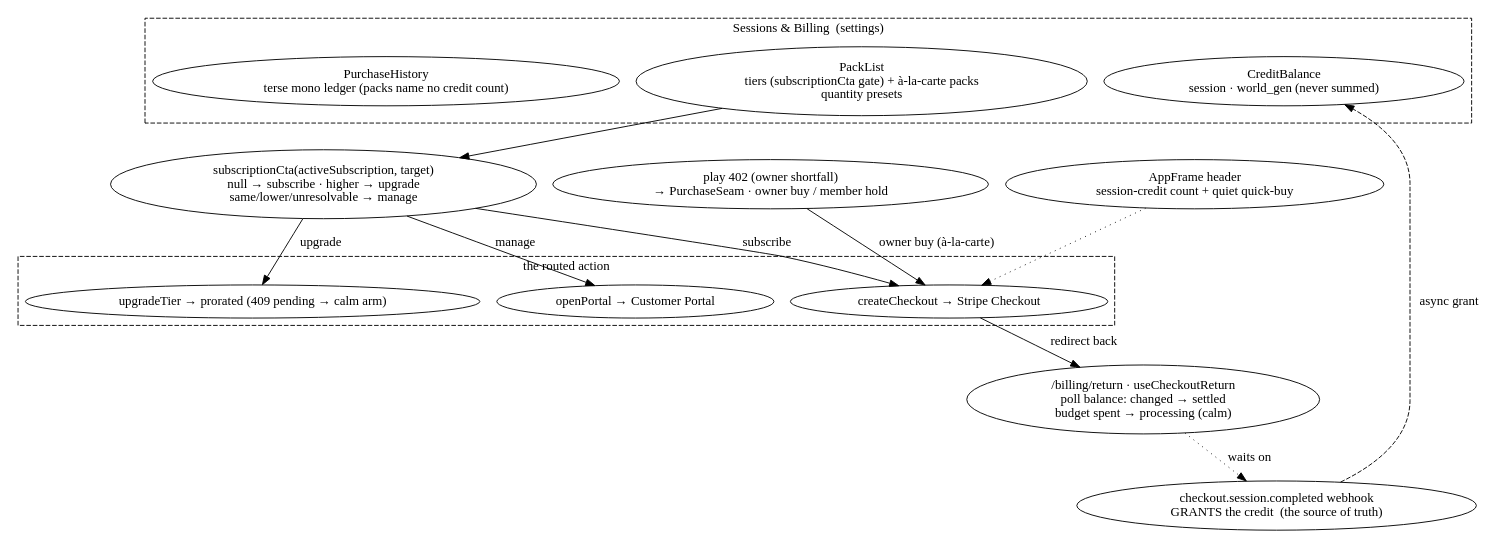
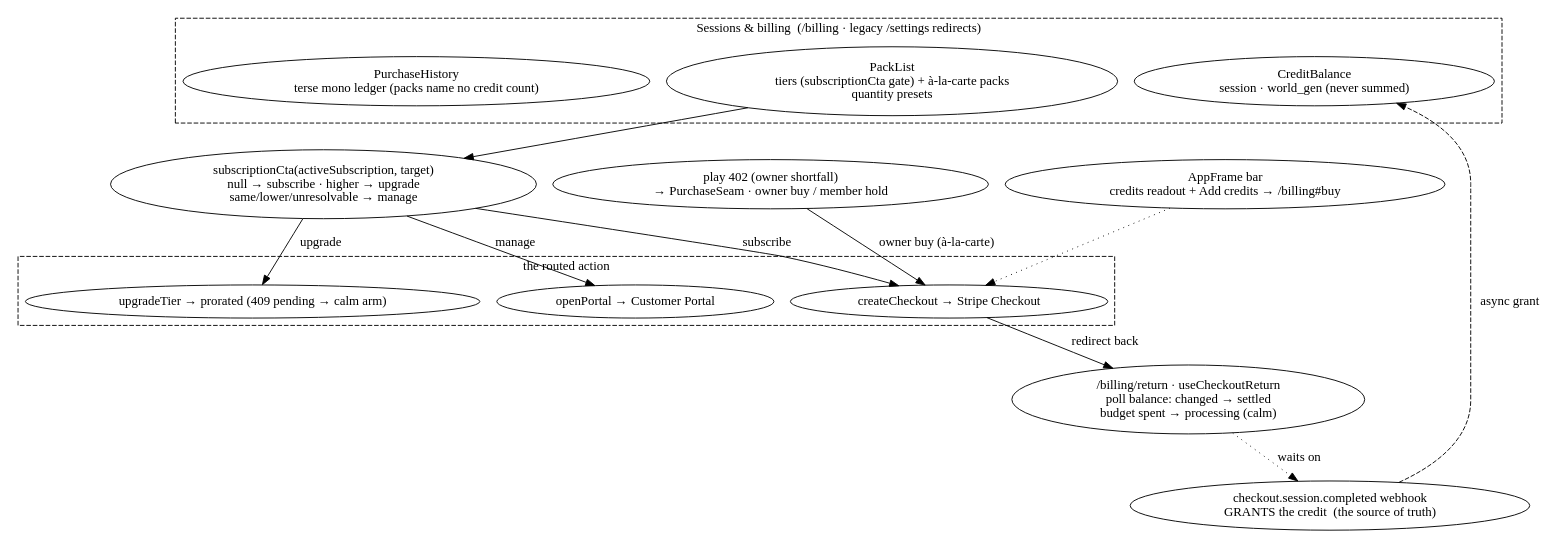
Before and after one commit to mythrun/mythrun: the diagram in docs/wiki/diagrams/frontend/billing-credits.dot, drawn with Graphviz. The commit also changed 12 other files, not shown here.

```diff
--- a/docs/wiki/diagrams/frontend/billing-credits.dot
+++ b/docs/wiki/diagrams/frontend/billing-credits.dot
@@ -1,48 +1,48 @@
 digraph billing_credits {
-  // The money surfaces. The Sessions & Billing settings screen reads balance /
+  // The money surfaces. The Sessions & billing screen (/billing) reads balance /
   // skus / history and renders two independent credit buckets, the price-ordered
   // tiers (each with a GATED CTA), and the ledger. Every purchase CTA routes to a
   // Stripe redirect that grants NOTHING synchronously — the credit lands only via
   // the checkout webhook, so the return route polls the balance until it changes.
   rankdir=TB;
   compound=true;
 
   subgraph cluster_settings {
-    label="Sessions & Billing  (settings)";
+    label="Sessions & billing  (/billing · legacy /settings redirects)";
     style="dashed";
     color="ember";
     fontcolor="ember";
 
     balance [label="CreditBalance\nsession · world_gen (never summed)", color="ember", fontcolor="ember"];
     packs [label="PackList\ntiers (subscriptionCta gate) + à-la-carte packs\nquantity presets"];
     history [label="PurchaseHistory\nterse mono ledger (packs name no credit count)"];
   }
 
   gate [label="subscriptionCta(activeSubscription, target)\nnull → subscribe · higher → upgrade\nsame/lower/unresolvable → manage"];
 
   subgraph cluster_actions {
     label="the routed action";
     style="dashed";
     color="ember";
     fontcolor="ember";
 
     checkout [label="createCheckout → Stripe Checkout"];
     upgrade [label="upgradeTier → prorated (409 pending → calm arm)"];
     portal [label="openPortal → Customer Portal"];
   }
 
   play402 [label="play 402 (owner shortfall)\n→ PurchaseSeam · owner buy / member hold"];
-  header [label="AppFrame header\nsession-credit count + quiet quick-buy"];
+  header [label="AppFrame bar\ncredits readout + Add credits → /billing#buy"];
   ret [label="/billing/return · useCheckoutReturn\npoll balance: changed → settled\nbudget spent → processing (calm)"];
   webhook [label="checkout.session.completed webhook\nGRANTS the credit  (the source of truth)"];
 
   packs -> gate;
   gate -> checkout [label="subscribe"];
   gate -> upgrade [label="upgrade"];
   gate -> portal [label="manage"];
   play402 -> checkout [label="owner buy (à-la-carte)"];
   header -> checkout [style="dotted"];
   checkout -> ret [label="redirect back"];
   webhook -> balance [style="dashed", label="async grant"];
   ret -> webhook [style="dotted", label="waits on"];
 }
```
